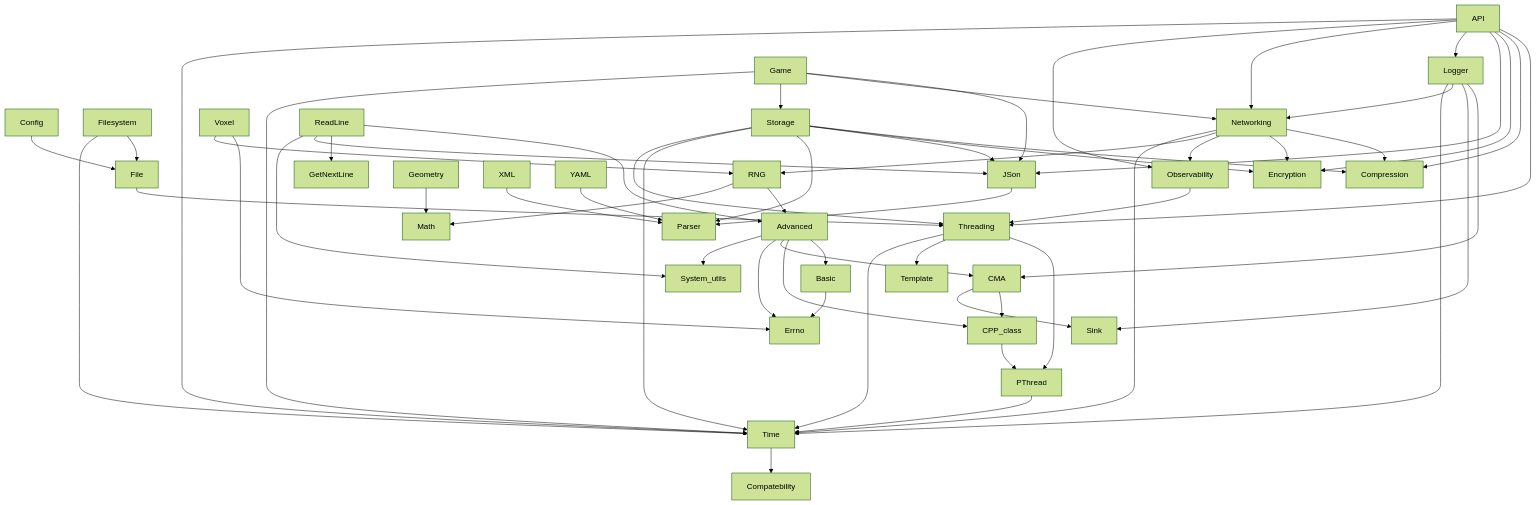
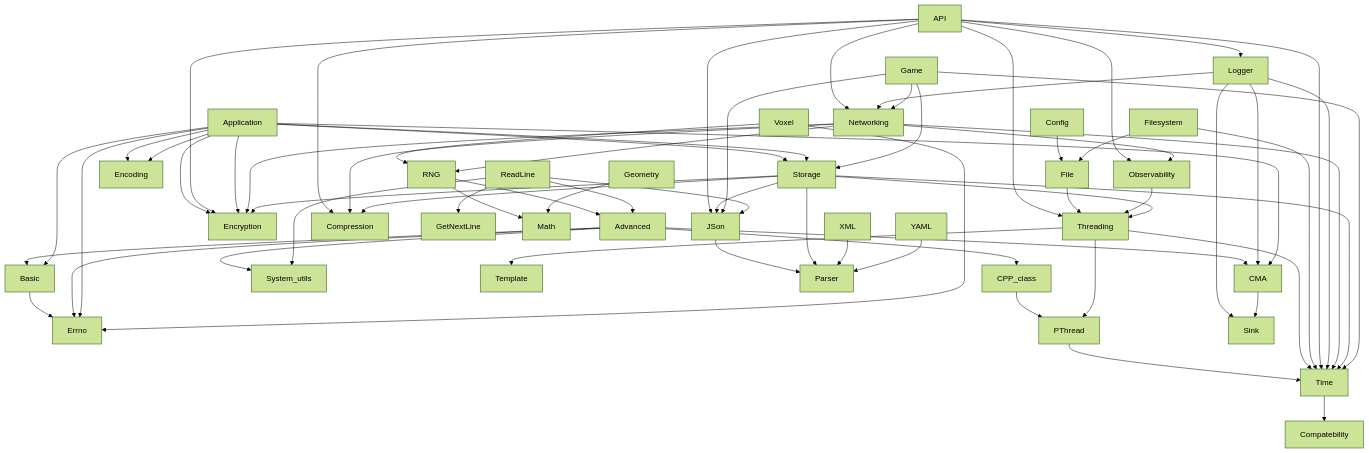
The diagram in Docs/module_dependency_graph.md (Adyem/Libft), drawn with Mermaid (forest theme) before and after one commit. The commit also changed other lines of this file and 38 other files, not shown here.

````diff
--- a/Docs/module_dependency_graph.md
+++ b/Docs/module_dependency_graph.md
@@ -93,61 +94,69 @@
 ```mermaid
 graph TD
     Basic --> Errno
     Advanced --> Basic
     Advanced --> CPP_class
     Advanced --> CMA
     Advanced --> Errno
     Advanced --> System_utils
-    CMA --> CPP_class
     CPP_class --> PThread
     PThread --> Time
     Threading --> PThread
     Threading --> Template
     Threading --> Time
     Time --> Compatebility
     Configuration[Config] --> File
     API --> Threading
+    Application --> Storage
+    Application --> Encryption
+    Application --> Encoding
     File --> Threading
     Filesystem --> File
     Filesystem --> Time
     JSon --> Parser
     API --> Compression
     API --> Encryption
     API --> JSon
     API --> Logger
     Logger --> CMA
     API --> Networking
     API --> Observability
     API --> Time
+    Application --> Basic
+    Application --> CMA
+    Application --> Errno
+    Application --> Encoding
+    Application --> Encryption
+    Application --> Storage
     Observability --> Threading
     Logger --> Sink
     CMA --> Sink
     Logger --> Networking
     Logger --> Time
     Voxel --> Errno
     Voxel --> RNG
     RNG --> Advanced
     Networking --> Compression
     Networking --> Encryption
     Networking --> Observability
     Networking --> RNG
     Networking --> Time
     Storage --> Compression
     Storage --> Encryption
     Storage --> JSon
     Storage --> Parser
     Storage --> Time
     Storage --> Threading
     Game --> JSon
     Game --> Networking
     Game --> Storage
     Game --> Time
     ReadLine --> Advanced
     ReadLine --> GetNextLine
     ReadLine --> JSon
     ReadLine --> System_utils
     RNG --> Math
     Geometry --> Math
     XML --> Parser
     YAML --> Parser
 ```
````
